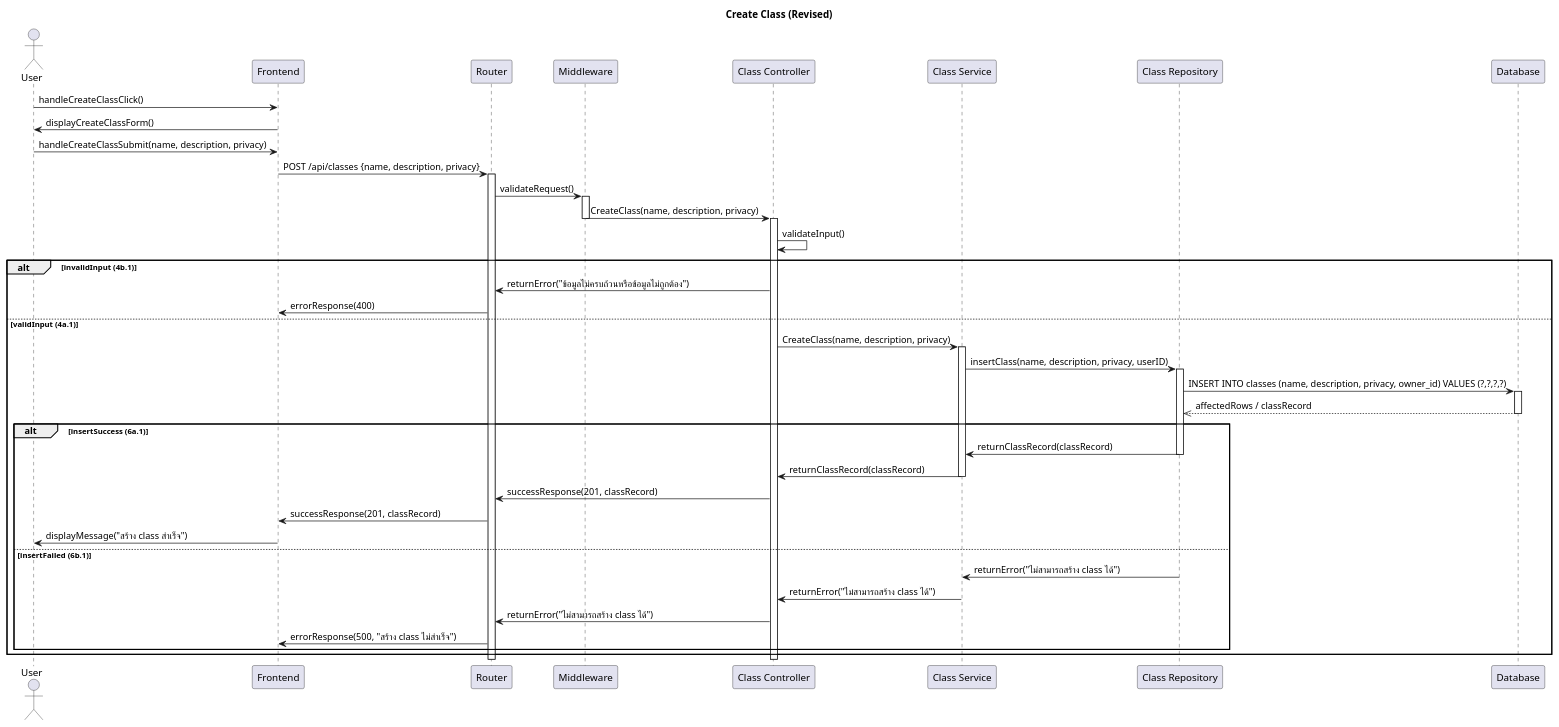
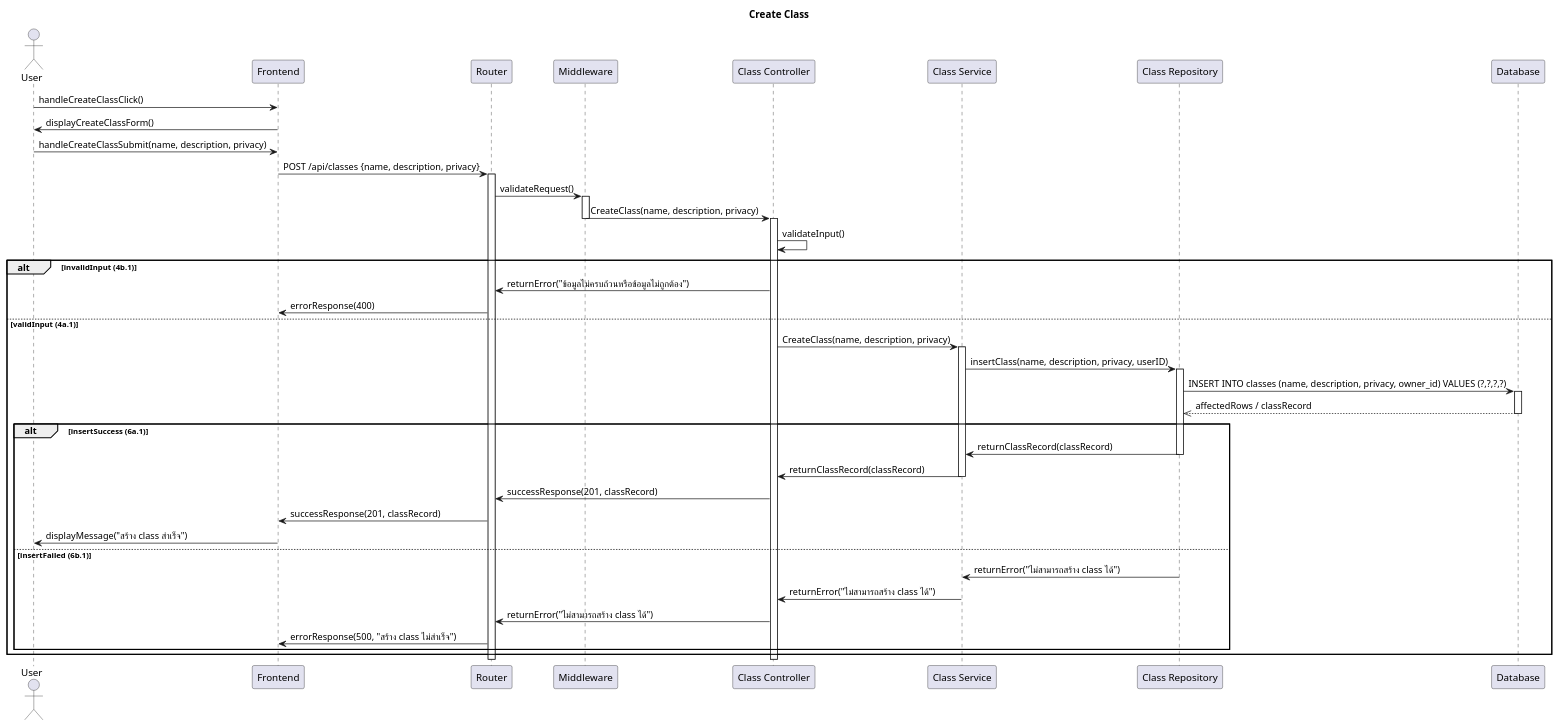
One commit to CS371-Project-Management/CS371-Sequence-Diagram changed the diagram in SD-Create-Class.puml. Above: the diagram before and after it, drawn with PlantUML. The commit also changed 8 other files, not shown here.

```diff
--- a/SD-Create-Class.puml
+++ b/SD-Create-Class.puml
@@ -1,59 +1,59 @@
 @startuml
-title Create Class (Revised)
+title Create Class
 
 actor User
 participant "Frontend" as FE
 participant Router
 participant "Middleware" as MW
 participant "Class Controller" as Controller
 participant "Class Service" as Service
 participant "Class Repository" as Repository
 participant "Database" as DB
 
 'Display Create Class Form'
 User -> FE: handleCreateClassClick()
 FE -> User: displayCreateClassForm()
 
 'Submit Create Class'
 User -> FE: handleCreateClassSubmit(name, description, privacy)
 FE -> Router: POST /api/classes {name, description, privacy}
 activate Router
 Router -> MW: validateRequest()
 activate MW
 MW -> Controller: CreateClass(name, description, privacy)
 deactivate MW
 activate Controller
 Controller -> Controller: validateInput()
 alt invalidInput (4b.1)
     Controller -> Router: returnError("ข้อมูลไม่ครบถ้วนหรือข้อมูลไม่ถูกต้อง")
     Router -> FE: errorResponse(400)
 else validInput (4a.1)
     Controller -> Service: CreateClass(name, description, privacy)
     activate Service
     Service -> Repository: insertClass(name, description, privacy, userID)
     activate Repository
     Repository -> DB: INSERT INTO classes (name, description, privacy, owner_id) VALUES (?,?,?,?)
     activate DB
     DB -->> Repository: affectedRows / classRecord
     deactivate DB
     alt insertSuccess (6a.1)
         Repository -> Service: returnClassRecord(classRecord)
         deactivate Repository
         Service -> Controller: returnClassRecord(classRecord)
         deactivate Service
         Controller -> Router: successResponse(201, classRecord)
         Router -> FE: successResponse(201, classRecord)
         FE -> User: displayMessage("สร้าง class สำเร็จ")
     else insertFailed (6b.1)
         Repository -> Service: returnError("ไม่สามารถสร้าง class ได้")
         deactivate Repository
         Service -> Controller: returnError("ไม่สามารถสร้าง class ได้")
         deactivate Service
         Controller -> Router: returnError("ไม่สามารถสร้าง class ได้")
         Router -> FE: errorResponse(500, "สร้าง class ไม่สำเร็จ")
     end
 end
 deactivate Controller
 deactivate Router
 
 @enduml
```
